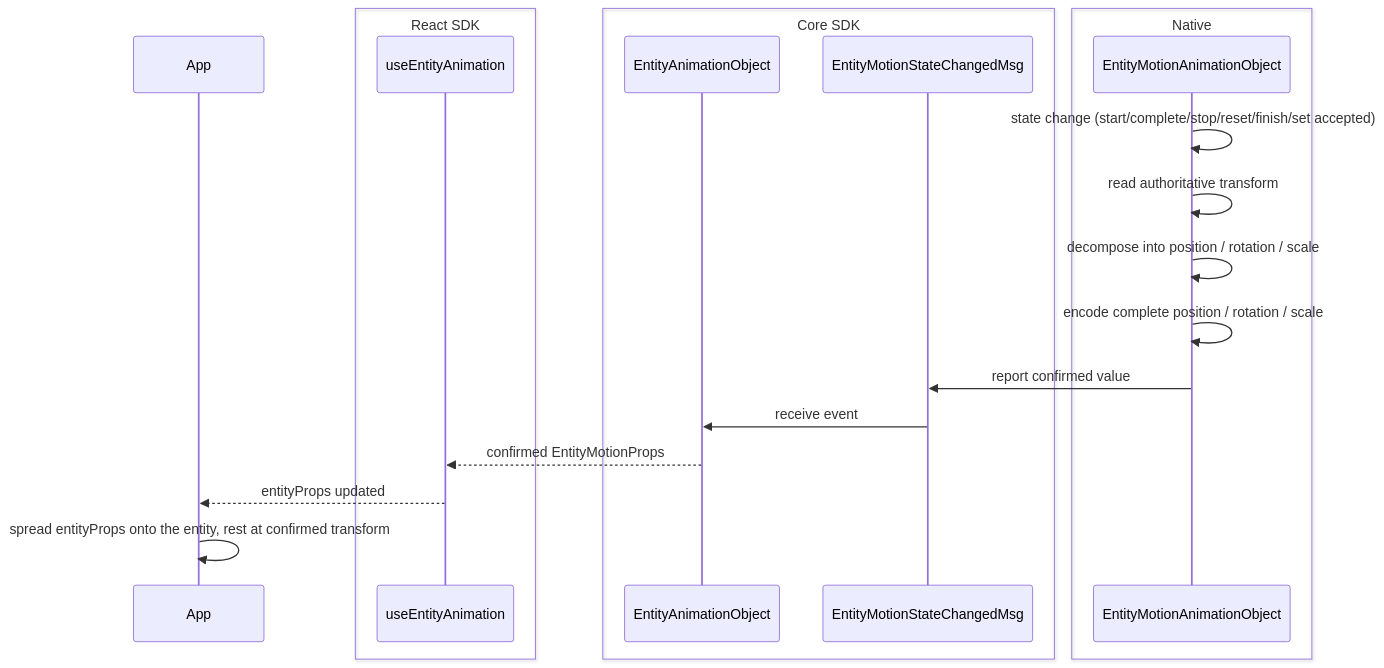
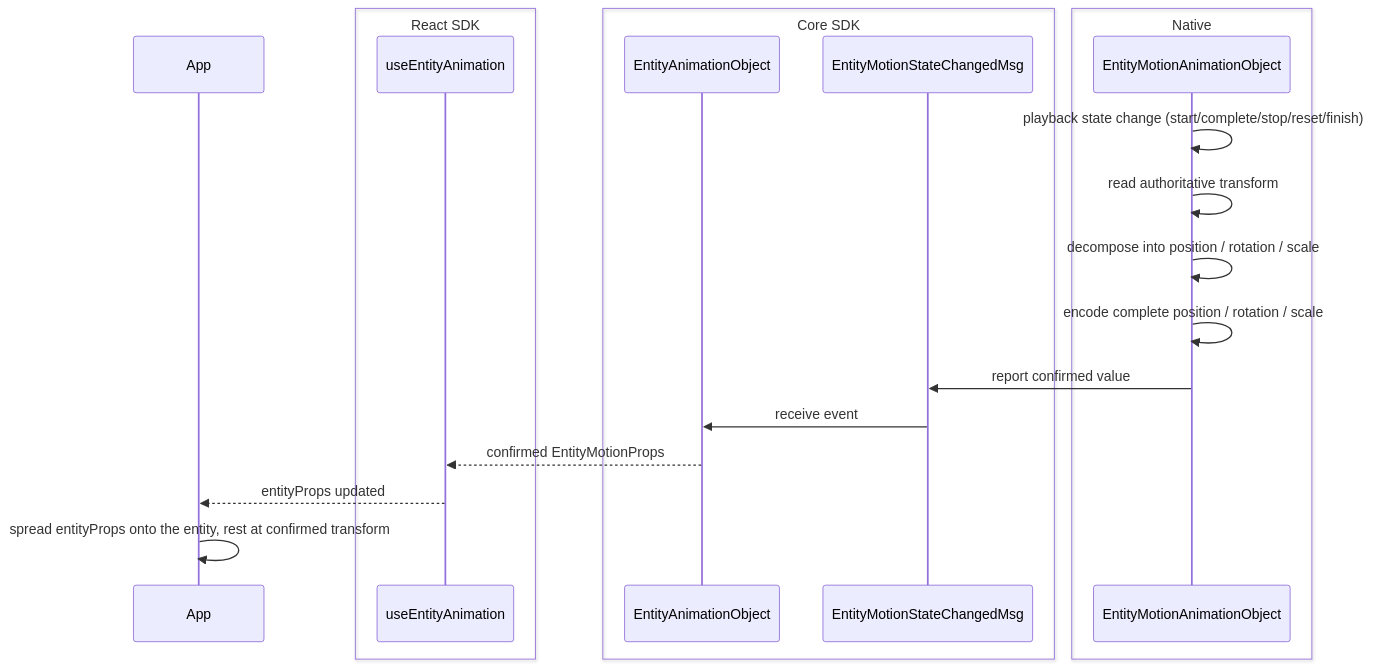
Before and after one commit to webspatial/webspatial-sdk: the fourth of 14 diagrams in openspec/changes/redesign-entity-motion-api/design.md, drawn with Mermaid. The commit also changed other lines of this file and 7 other files, not shown here.

````diff
--- a/openspec/changes/redesign-entity-motion-api/design.md
+++ b/openspec/changes/redesign-entity-motion-api/design.md
@@ -353,24 +363,24 @@
 ```mermaid
 sequenceDiagram
     participant App
     box React SDK
         participant Hook as useEntityAnimation
     end
     box Core SDK
         participant Obj as EntityAnimationObject
         participant Event as EntityMotionStateChangedMsg
     end
     box Native
         participant NativeObj as EntityMotionAnimationObject
     end
 
-    NativeObj->>NativeObj: state change (start/complete/stop/reset/finish/set accepted)
+    NativeObj->>NativeObj: playback state change (start/complete/stop/reset/finish)
     NativeObj->>NativeObj: read authoritative transform
     NativeObj->>NativeObj: decompose into position / rotation / scale
     NativeObj->>NativeObj: encode complete position / rotation / scale
     NativeObj->>Event: report confirmed value
     Event->>Obj: receive event
     Obj-->>Hook: confirmed EntityMotionProps
     Hook-->>App: entityProps updated
     App->>App: spread entityProps onto the entity, rest at confirmed transform
 ```
````
